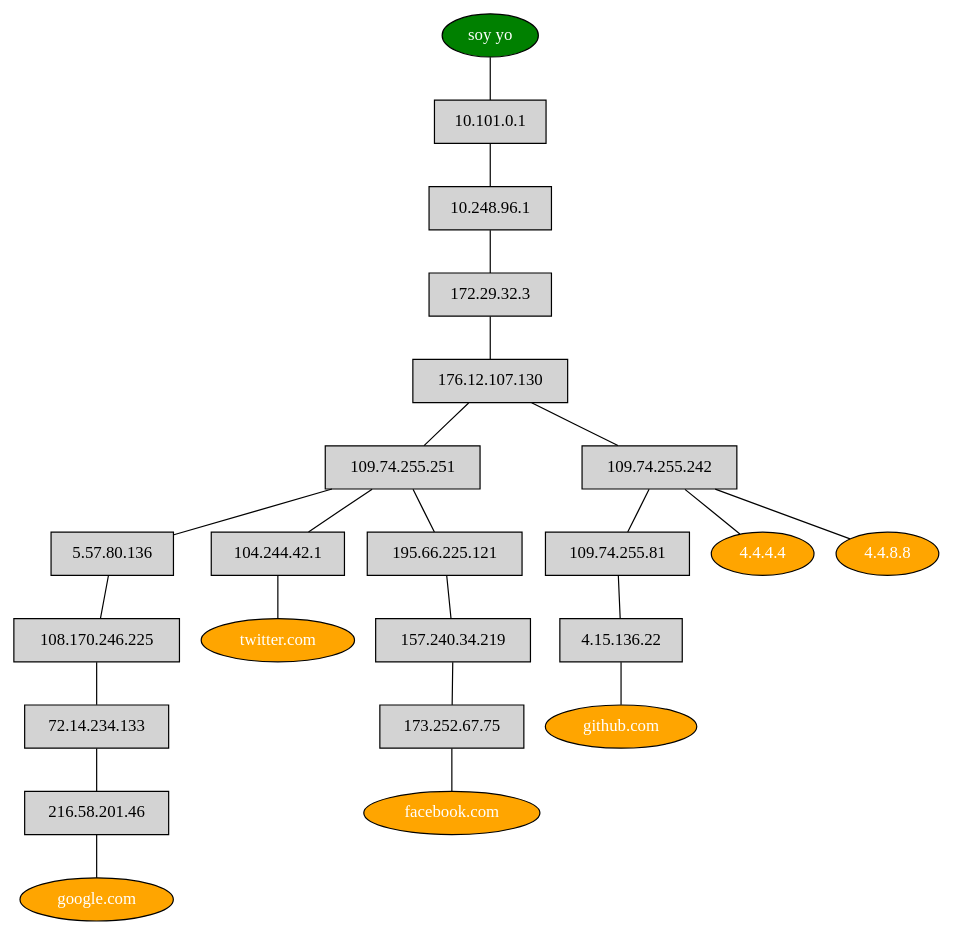
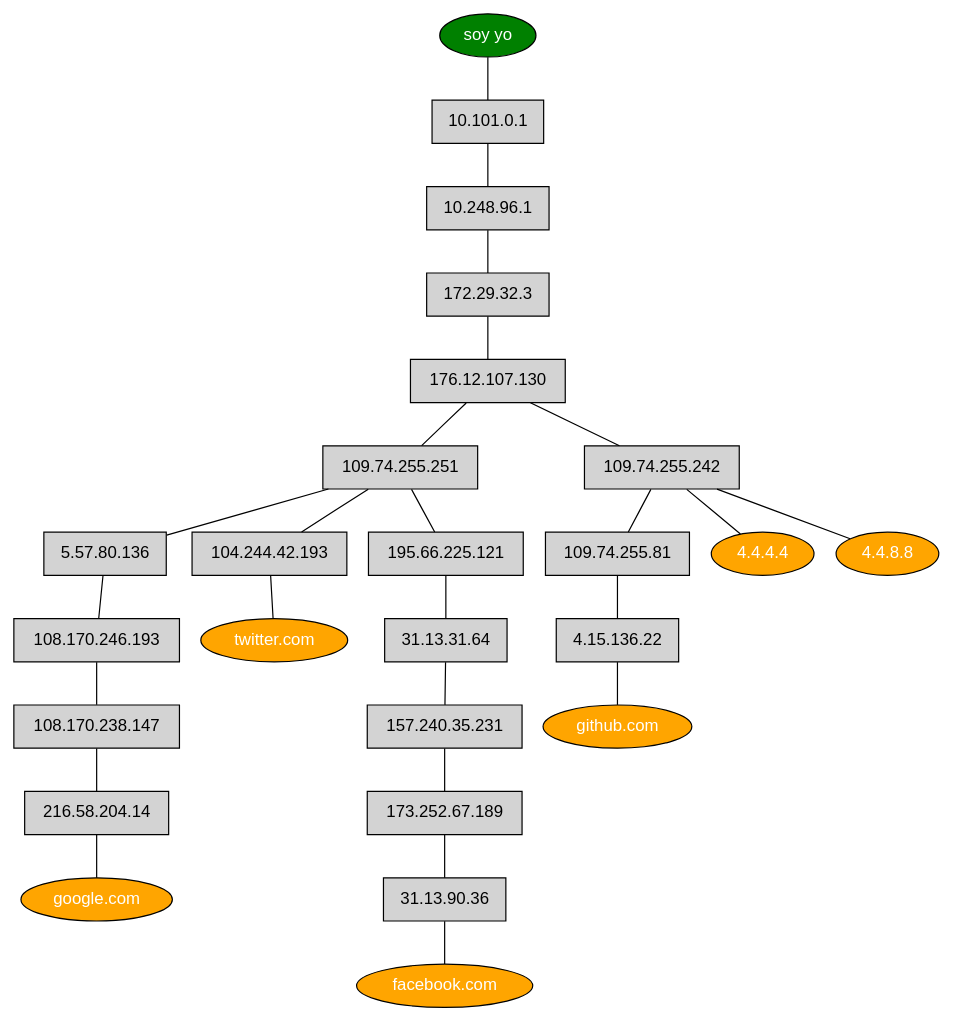
Before and after one commit to deanturpin/hosts2dot: the diagram in example.dot, drawn with Graphviz. The commit also changed 2 other files, not shown here.

Commit message:
Use helvetica and regen

```diff
--- a/example.dot
+++ b/example.dot
@@ -1,18 +1,18 @@
 strict graph {
 
-  node [shape=rectangle style=filled]
+  node [shape=rectangle style=filled fontname=helvetica]
   "soy yo" [fillcolor=green shape=oval fontcolor=white]
 
-	"soy yo"--"10.101.0.1"--"10.248.96.1"--"172.29.32.3"--"176.12.107.130"--"109.74.255.251"--"5.57.80.136"--"108.170.246.225"--"72.14.234.133"--"216.58.201.46"--"google.com"
+	"soy yo"--"10.101.0.1"--"10.248.96.1"--"172.29.32.3"--"176.12.107.130"--"109.74.255.251"--"5.57.80.136"--"108.170.246.193"--"108.170.238.147"--"216.58.204.14"--"google.com"
 	"google.com" [fillcolor=orange shape=oval fontcolor=white]
 	"soy yo"--"10.101.0.1"--"10.248.96.1"--"172.29.32.3"--"176.12.107.130"--"109.74.255.242"--"109.74.255.81"--"4.15.136.22"--"github.com"
 	"github.com" [fillcolor=orange shape=oval fontcolor=white]
-	"soy yo"--"10.101.0.1"--"10.248.96.1"--"172.29.32.3"--"176.12.107.130"--"109.74.255.251"--"104.244.42.1"--"twitter.com"
+	"soy yo"--"10.101.0.1"--"10.248.96.1"--"172.29.32.3"--"176.12.107.130"--"109.74.255.251"--"104.244.42.193"--"twitter.com"
 	"twitter.com" [fillcolor=orange shape=oval fontcolor=white]
-	"soy yo"--"10.101.0.1"--"10.248.96.1"--"172.29.32.3"--"176.12.107.130"--"109.74.255.251"--"195.66.225.121"--"157.240.34.219"--"173.252.67.75"--"facebook.com"
+	"soy yo"--"10.101.0.1"--"10.248.96.1"--"172.29.32.3"--"176.12.107.130"--"109.74.255.251"--"195.66.225.121"--"31.13.31.64"--"157.240.35.231"--"173.252.67.189"--"31.13.90.36"--"facebook.com"
 	"facebook.com" [fillcolor=orange shape=oval fontcolor=white]
 	"soy yo"--"10.101.0.1"--"10.248.96.1"--"172.29.32.3"--"176.12.107.130"--"109.74.255.242"--"4.4.4.4"
 	"4.4.4.4" [fillcolor=orange shape=oval fontcolor=white]
 	"soy yo"--"10.101.0.1"--"10.248.96.1"--"172.29.32.3"--"176.12.107.130"--"109.74.255.242"--"4.4.8.8"
 	"4.4.8.8" [fillcolor=orange shape=oval fontcolor=white]
 }
```
